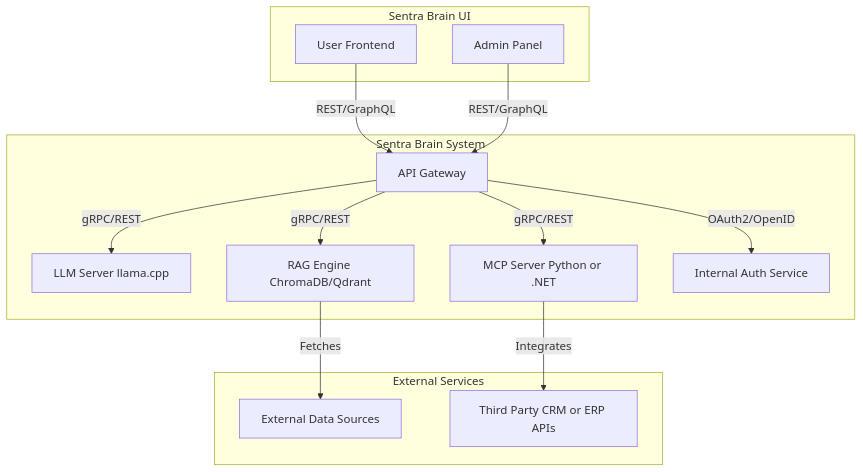
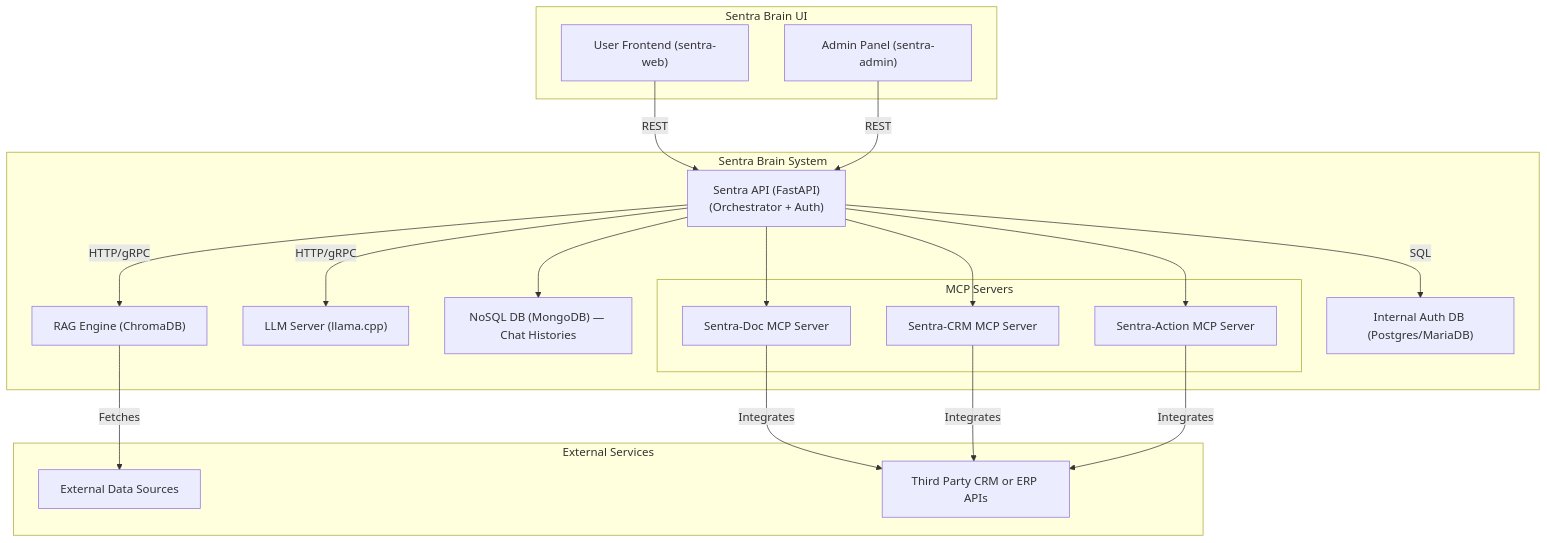
One commit to Sentra-Brain/sentra-platform changed the second of 2 diagrams in docs/arc42/03_context_and_scope.md. Above: the diagram before and after it, drawn with Mermaid. The commit also changed other lines of this file and 1 other file, not shown here.

Commit message:
Enhance architecture documentation: add database details and clarify hybrid deployment model in context and constraints sections.

````diff
--- a/docs/arc42/03_context_and_scope.md
+++ b/docs/arc42/03_context_and_scope.md
@@ -38,30 +38,42 @@
 ```mermaid
 graph TD
     subgraph Client_Interface["Sentra Brain UI"]
-        Frontend[User Frontend]
-        AdminPanel[Admin Panel]
+        Frontend["User Frontend (sentra-web)"]
+        AdminPanel["Admin Panel (sentra-admin)"]
     end
 
     subgraph Sentra_Brain_System["Sentra Brain System"]
-        API[API Gateway]
-        LLM[LLM Server llama.cpp]
-        RAG[RAG Engine ChromaDB/Qdrant]
-        MCP[MCP Server Python or .NET]
-        Auth[Internal Auth Service]
+        API["Sentra API (FastAPI)<br/>(Orchestrator + Auth)"]
+        LLM["LLM Server (llama.cpp)"]
+        Conversations["NoSQL DB (MongoDB) — Chat Histories"]
+        RAG["RAG Engine (ChromaDB)"]
+        subgraph MCP_Servers["MCP Servers"]
+            MCP_Doc[Sentra-Doc MCP Server]
+            MCP_CRM[Sentra-CRM MCP Server]
+            MCP_Action[Sentra-Action MCP Server]
+        end
+        Auth["Internal Auth DB (Postgres/MariaDB)"]
     end
 
     subgraph External_Services["External Services"]
         DataSources[External Data Sources]
         CRMs[Third Party CRM or ERP APIs]
     end
 
-    Frontend -->|REST/GraphQL| API
-    AdminPanel -->|REST/GraphQL| API
+    Frontend -->|REST| API
+    AdminPanel -->|REST| API
 
-    API -->|gRPC/REST| LLM
-    API -->|gRPC/REST| RAG
-    API -->|gRPC/REST| MCP
-    API -->|OAuth2/OpenID| Auth
+    API -->|HTTP/gRPC| LLM
+    API --> Conversations
+    API -->|HTTP/gRPC| RAG
+    API --> MCP_Doc
+    API --> MCP_CRM
+    API --> MCP_Action
+    API -->|SQL| Auth
+
     RAG -->|Fetches| DataSources
-    MCP -->|Integrates| CRMs
+    MCP_Doc -->|Integrates| CRMs
+    MCP_CRM -->|Integrates| CRMs
+    MCP_Action -->|Integrates| CRMs
+
 ```
````
